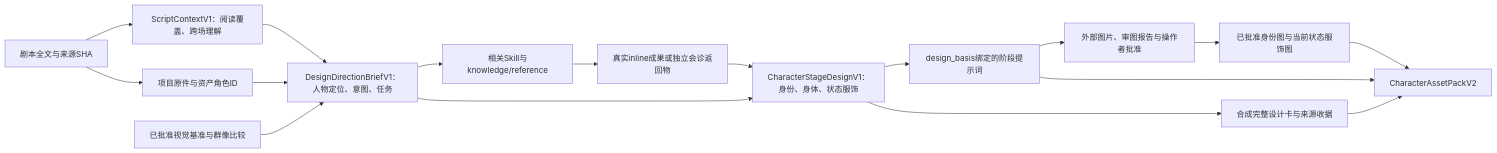
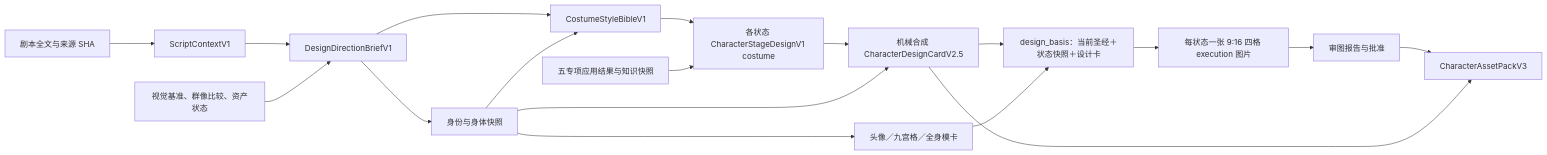
The third of 3 diagrams in README.md (kaibaoxiang-studio/ZiChan), drawn with Mermaid before and after one commit. The commit also changed other lines of this file and 70 other files, not shown here.

````diff
--- a/README.md
+++ b/README.md
@@ -97,19 +82,20 @@
 ```mermaid
 flowchart LR
-    A["剧本全文与来源SHA"] --> B["ScriptContextV1：阅读覆盖、跨场理解"]
-    A --> C["项目原件与资产角色ID"]
-    B --> D["DesignDirectionBriefV1：人物定位、意图、任务"]
-    C --> D
-    E["已批准视觉基准与群像比较"] --> D
-    D --> F["相关Skill与knowledge/reference"]
-    F --> G["真实inline成果或独立会诊返回物"]
-    G --> H["CharacterStageDesignV1：身份、身体、状态服饰"]
-    D --> H
-    H --> I["design_basis绑定的阶段提示词"]
-    I --> J["外部图片、审图报告与操作者批准"]
-    J --> K["已批准身份图与当前状态服饰图"]
-    H --> L["合成完整设计卡与来源收据"]
-    K --> M["CharacterAssetPackV2"]
-    I --> M
-    L --> M
+    A["剧本全文与来源 SHA"] --> B["ScriptContextV1"]
+    B --> C["DesignDirectionBriefV1"]
+    D["视觉基准、群像比较、资产状态"] --> C
+    C --> E["身份与身体快照"]
+    C --> F["CostumeStyleBibleV1"]
+    E --> F
+    F --> G["各状态 CharacterStageDesignV1 costume"]
+    H["五专项应用结果与知识快照"] --> G
+    G --> I["机械合成 CharacterDesignCardV2.5"]
+    E --> I
+    E --> J["头像／九宫格／全身模卡"]
+    I --> K["design_basis：当前圣经＋状态快照＋设计卡"]
+    J --> K
+    K --> L["每状态一张 9:16 四格 execution 图片"]
+    L --> M["审图报告与批准"]
+    M --> N["CharacterAssetPackV3"]
+    I --> N
 ```
````
